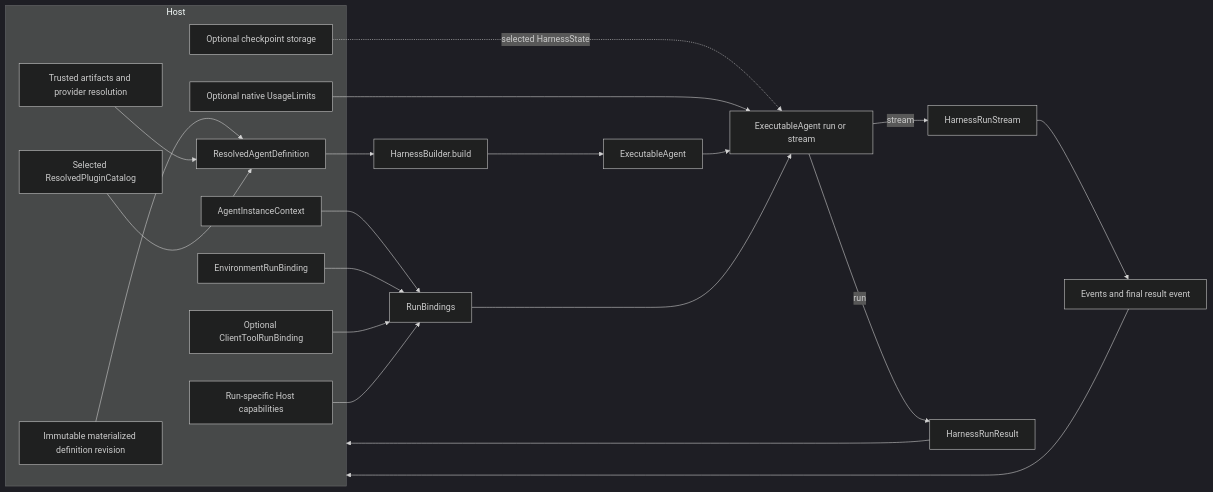
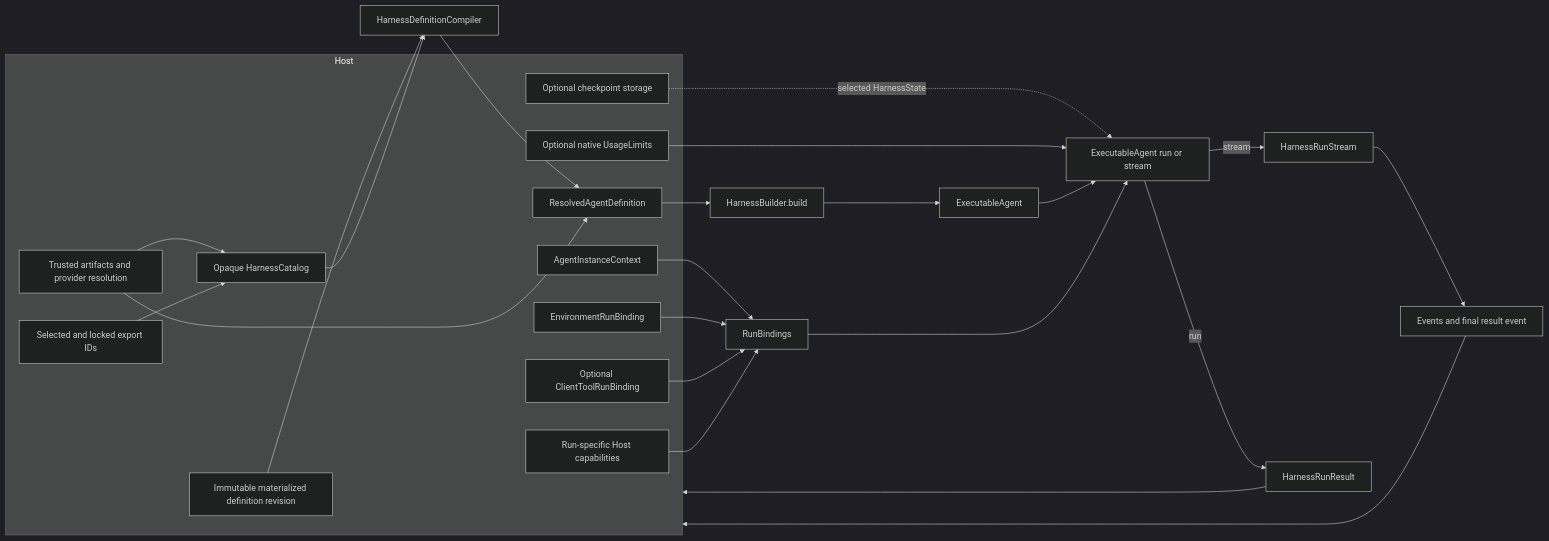
One commit to LTThreeComma/agent-foundation changed the first of 2 diagrams in spec/agent-harness/13-hosting-contract.md. Above: the diagram before and after it, drawn with Mermaid (dark theme). The commit also changed other lines of this file and 19 other files, not shown here.

````diff
--- a/spec/agent-harness/13-hosting-contract.md
+++ b/spec/agent-harness/13-hosting-contract.md
@@ -29,27 +29,30 @@
 ```mermaid
 flowchart LR
     subgraph Host
         REV[Immutable materialized definition revision]
         PLUG[Trusted artifacts and provider resolution]
-        CATALOG[Selected ResolvedPluginCatalog]
+        EXPORTS[Selected and locked export IDs]
+        CATALOG[Opaque HarnessCatalog]
         PLAN[ResolvedAgentDefinition]
         ID[AgentInstanceContext]
         ENV[EnvironmentRunBinding]
         CLIENT[Optional ClientToolRunBinding]
         STORE[Optional checkpoint storage]
         RUN_CAP[Run-specific Host capabilities]
         LIMITS[Optional native UsageLimits]
     end
 
-    REV & PLUG & CATALOG --> PLAN --> BUILD[HarnessBuilder.build]
+    PLUG & EXPORTS --> CATALOG
+    REV & CATALOG --> COMPILE[HarnessDefinitionCompiler]
+    COMPILE & PLUG --> PLAN --> BUILD[HarnessBuilder.build]
     BUILD --> EXEC[ExecutableAgent]
     ID & ENV & CLIENT --> RB[RunBindings]
     RUN_CAP --> RB
     STORE -. selected HarnessState .-> CALL[ExecutableAgent run or stream]
     LIMITS --> CALL
     EXEC & RB --> CALL
     CALL -->|stream| STREAM[HarnessRunStream]
     CALL -->|run| RESULT[HarnessRunResult]
     STREAM --> OUT[Events and final result event]
     OUT & RESULT --> Host
 ```
````
